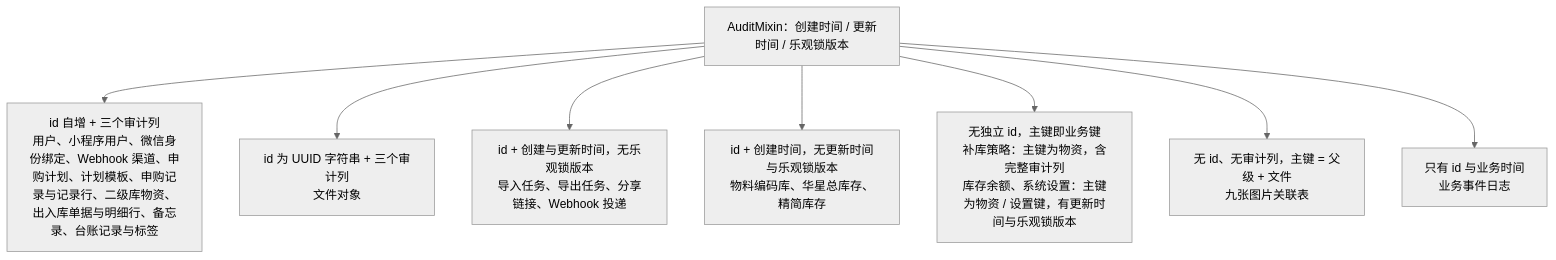
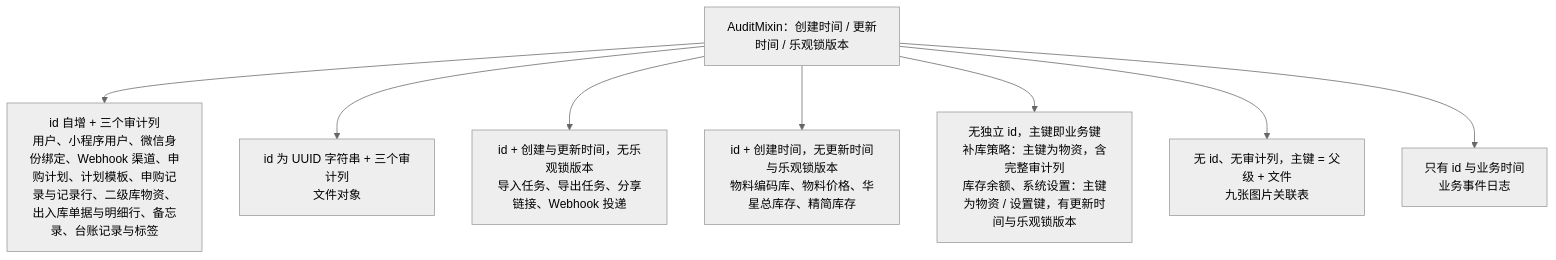
One commit to Sakana-1314/Electrical-Manager changed the third of 21 diagrams in docs/websites/pages/dev-data-model.md. Above: the diagram before and after it, drawn with Mermaid (neutral theme). The commit also changed other lines of this file and 22 other files, not shown here.

````diff
--- a/docs/websites/pages/dev-data-model.md
+++ b/docs/websites/pages/dev-data-model.md
@@ -91,11 +91,11 @@
 ```mermaid
 flowchart TD
     M["AuditMixin：创建时间 / 更新时间 / 乐观锁版本"]
     M --> A["id 自增 + 三个审计列<br/>用户、小程序用户、微信身份绑定、Webhook 渠道、申购计划、计划模板、申购记录与记录行、二级库物资、出入库单据与明细行、备忘录、台账记录与标签"]
     M --> B["id 为 UUID 字符串 + 三个审计列<br/>文件对象"]
     M --> C["id + 创建与更新时间，无乐观锁版本<br/>导入任务、导出任务、分享链接、Webhook 投递"]
-    M --> D["id + 创建时间，无更新时间与乐观锁版本<br/>物料编码库、华星总库存、精简库存"]
+    M --> D["id + 创建时间，无更新时间与乐观锁版本<br/>物料编码库、物料价格、华星总库存、精简库存"]
     M --> E["无独立 id，主键即业务键<br/>补库策略：主键为物资，含完整审计列<br/>库存余额、系统设置：主键为物资 / 设置键，有更新时间与乐观锁版本"]
     M --> F["无 id、无审计列，主键 = 父级 + 文件<br/>九张图片关联表"]
     M --> G["只有 id 与业务时间<br/>业务事件日志"]
 ```
````
